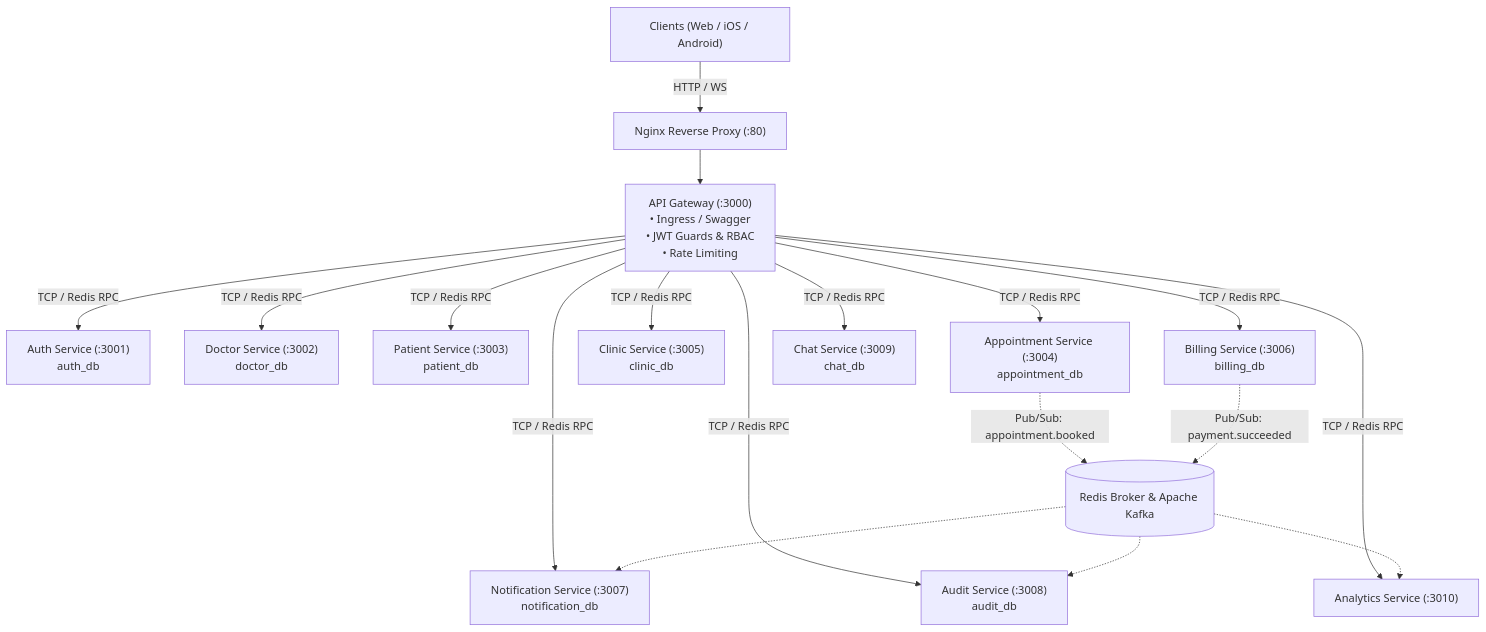
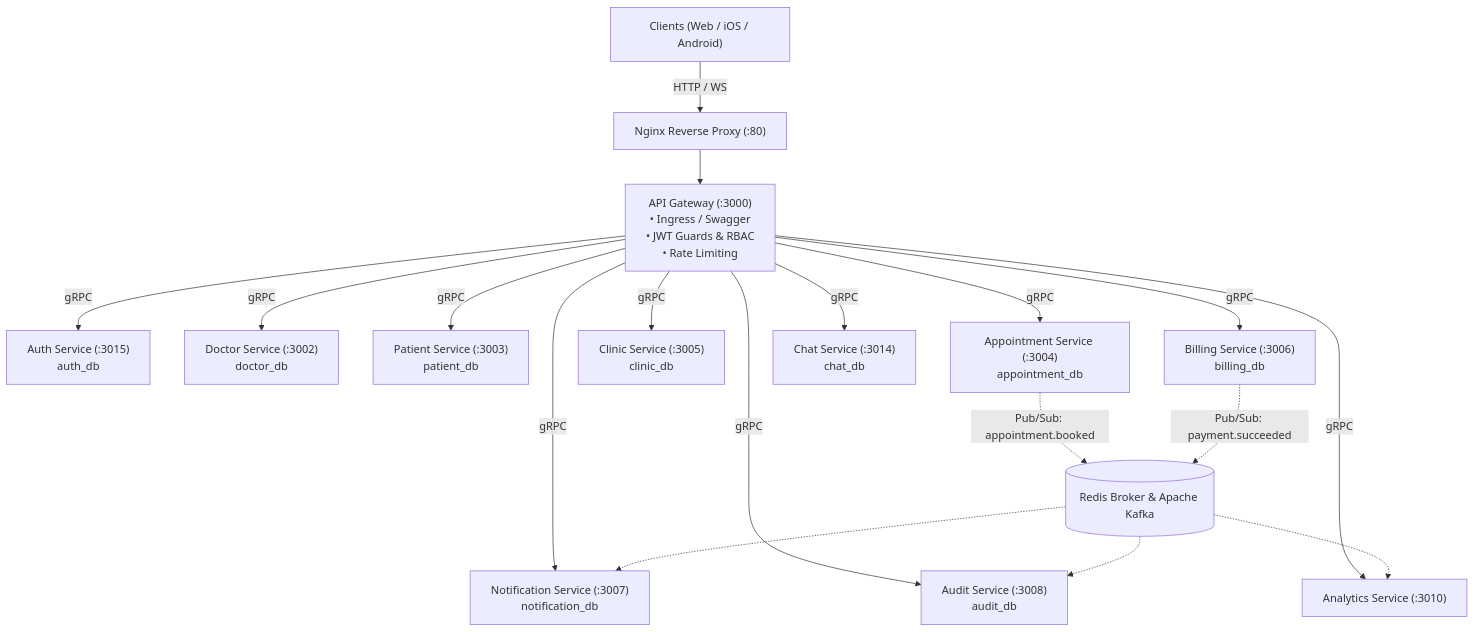
One commit to mdrezuanislamridoy/MedCare-Backend changed the diagram in GLOBAL_README.md. Above: the diagram before and after it, drawn with Mermaid. The commit also changed 11 other files, not shown here.

First line of the commit message:
add MedCare RPC service and messages

````diff
--- a/GLOBAL_README.md
+++ b/GLOBAL_README.md
@@ -10,22 +10,22 @@
 ```mermaid
 flowchart TD
     Client["Clients (Web / iOS / Android)"] -->|HTTP / WS| Nginx["Nginx Reverse Proxy (:80)"]
     Nginx --> Gateway["API Gateway (:3000)\n• Ingress / Swagger\n• JWT Guards & RBAC\n• Rate Limiting"]
 
-    Gateway -->|TCP / Redis RPC| AuthSvc["Auth Service (:3001)\nauth_db"]
-    Gateway -->|TCP / Redis RPC| DoctorSvc["Doctor Service (:3002)\ndoctor_db"]
-    Gateway -->|TCP / Redis RPC| PatientSvc["Patient Service (:3003)\npatient_db"]
-    Gateway -->|TCP / Redis RPC| ApptSvc["Appointment Service (:3004)\nappointment_db"]
-    Gateway -->|TCP / Redis RPC| ClinicSvc["Clinic Service (:3005)\nclinic_db"]
-    Gateway -->|TCP / Redis RPC| BillingSvc["Billing Service (:3006)\nbilling_db"]
-    Gateway -->|TCP / Redis RPC| NotifSvc["Notification Service (:3007)\nnotification_db"]
-    Gateway -->|TCP / Redis RPC| AuditSvc["Audit Service (:3008)\naudit_db"]
-    Gateway -->|TCP / Redis RPC| ChatSvc["Chat Service (:3009)\nchat_db"]
-    Gateway -->|TCP / Redis RPC| AnalyticsSvc["Analytics Service (:3010)"]
+    Gateway -->|gRPC| AuthSvc["Auth Service (:3015)\nauth_db"]
+    Gateway -->|gRPC| DoctorSvc["Doctor Service (:3002)\ndoctor_db"]
+    Gateway -->|gRPC| PatientSvc["Patient Service (:3003)\npatient_db"]
+    Gateway -->|gRPC| ApptSvc["Appointment Service (:3004)\nappointment_db"]
+    Gateway -->|gRPC| ClinicSvc["Clinic Service (:3005)\nclinic_db"]
+    Gateway -->|gRPC| BillingSvc["Billing Service (:3006)\nbilling_db"]
+    Gateway -->|gRPC| NotifSvc["Notification Service (:3007)\nnotification_db"]
+    Gateway -->|gRPC| AuditSvc["Audit Service (:3008)\naudit_db"]
+    Gateway -->|gRPC| ChatSvc["Chat Service (:3014)\nchat_db"]
+    Gateway -->|gRPC| AnalyticsSvc["Analytics Service (:3010)"]
 
     ApptSvc -.->|Pub/Sub: appointment.booked| RedisBroker[("Redis Broker & Apache Kafka")]
     BillingSvc -.->|Pub/Sub: payment.succeeded| RedisBroker
     RedisBroker -.-> NotifSvc
     RedisBroker -.-> AuditSvc
     RedisBroker -.-> AnalyticsSvc
 ```
````
